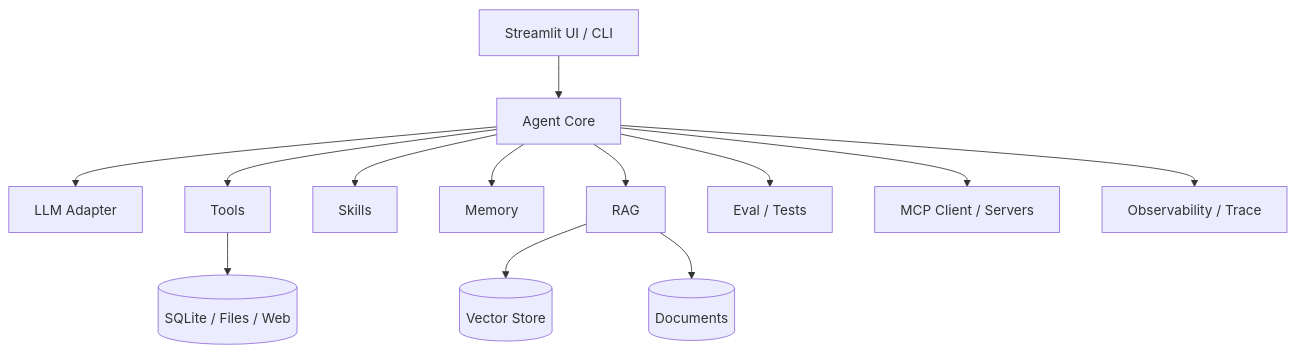
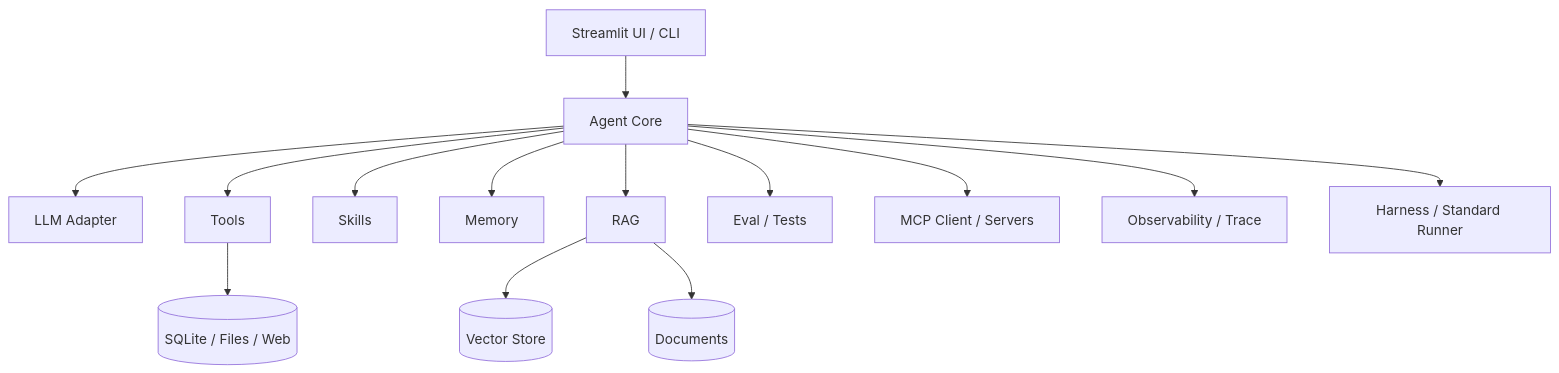
Before and after one commit to hxhfuudd-ship-it/knowledge-agent: the diagram in docs/agent_architecture.md, drawn with Mermaid. The commit also changed other lines of this file and 18 other files, not shown here.

Commit message:
Add standardized agent harness

````diff
--- a/docs/agent_architecture.md
+++ b/docs/agent_architecture.md
@@ -7,15 +7,16 @@
 ```mermaid
 flowchart TD
     UI[Streamlit UI / CLI] --> Agent[Agent Core]
     Agent --> LLM[LLM Adapter]
     Agent --> Tools[Tools]
     Agent --> Skills[Skills]
     Agent --> Memory[Memory]
     Agent --> RAG[RAG]
     Tools --> Data[(SQLite / Files / Web)]
     RAG --> Vector[(Vector Store)]
     RAG --> Docs[(Documents)]
     Agent --> Eval[Eval / Tests]
     Agent --> MCP[MCP Client / Servers]
     Agent --> Trace[Observability / Trace]
+    Agent --> Harness[Harness / Standard Runner]
 ```
````
